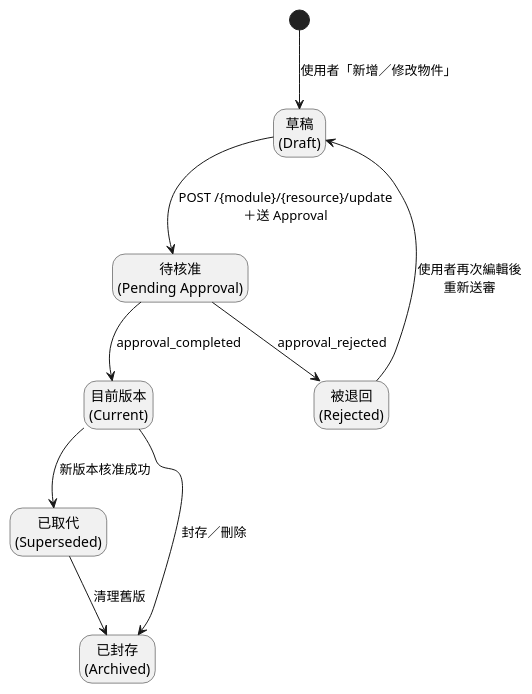
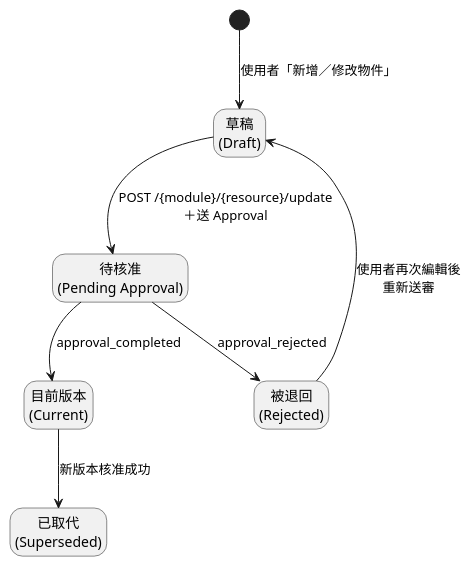
Before and after one commit to walle45611/NTUB_SecuManag_Diagram: the diagram in plantUML/state/version_manage.puml, drawn with PlantUML. The commit also changed 1 other file, not shown here.

Commit message:
(modify): 調整狀態圖

```diff
--- a/plantUML/state/version_manage.puml
+++ b/plantUML/state/version_manage.puml
@@ -1,24 +1,21 @@
 @startuml
 hide empty description
 
 
 [*] --> Draft : 使用者「新增／修改物件」
 state "草稿\n(Draft)" as Draft <<draft>>
 
 Draft --> PendingApproval : POST /{module}/{resource}/update\n＋送 Approval
 state "待核准\n(Pending Approval)" as PendingApproval <<approval>>
 
 PendingApproval --> Current  : approval_completed
 PendingApproval --> Rejected : approval_rejected
 state "被退回\n(Rejected)" as Rejected <<error>>
 Rejected --> Draft : 使用者再次編輯後\n重新送審
 
 state "目前版本\n(Current)" as Current <<current>>
 
 Current --> Superseded : 新版本核准成功
 state "已取代\n(Superseded)" as Superseded <<terminal>>
 
-Current --> Archived   : 封存／刪除
-Superseded --> Archived : 清理舊版
-state "已封存\n(Archived)" as Archived <<terminal>>
 @enduml
```
